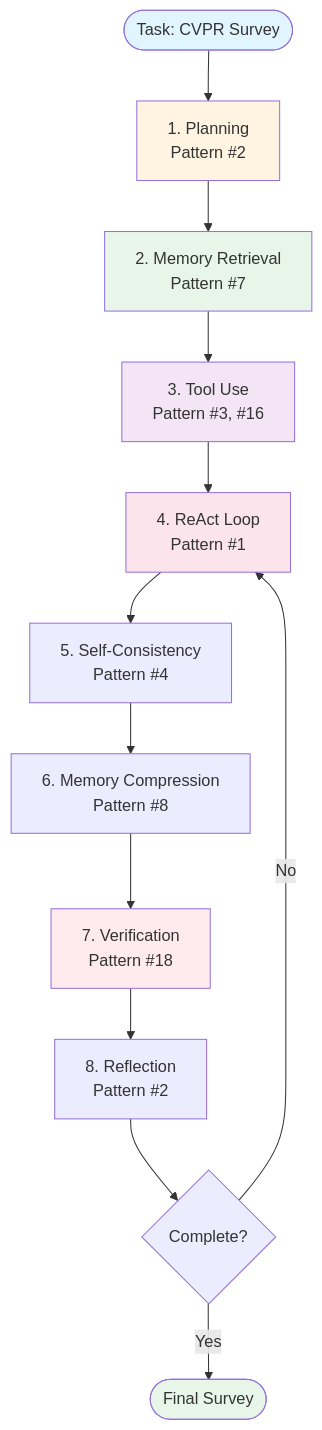
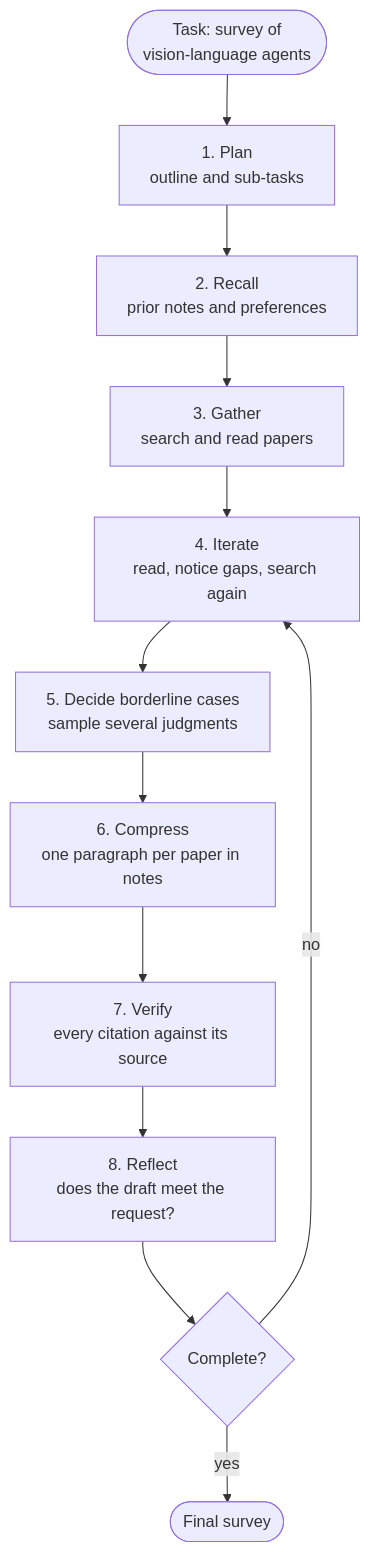
One commit to gopikrishtummala/gopikrishtummala.github.io changed the second of 2 diagrams in src/data/blog/agentic-ai/agentic-ai-design-patterns-part-5.md. Above: the diagram before and after it, drawn with Mermaid. The commit also changed other lines of this file and 8 other files, not shown here.

````diff
--- a/src/data/blog/agentic-ai/agentic-ai-design-patterns-part-5.md
+++ b/src/data/blog/agentic-ai/agentic-ai-design-patterns-part-5.md
@@ -145,22 +64,14 @@
 ```mermaid
 flowchart TD
-    Start([Task: CVPR Survey]) --> Plan[1. Planning<br/>Pattern #2]
-    Plan --> Memory[2. Memory Retrieval<br/>Pattern #7]
-    Memory --> Tools[3. Tool Use<br/>Pattern #3, #16]
-    Tools --> ReAct[4. ReAct Loop<br/>Pattern #1]
-    ReAct --> SelfConsist[5. Self-Consistency<br/>Pattern #4]
-    SelfConsist --> Compress[6. Memory Compression<br/>Pattern #8]
-    Compress --> Verify[7. Verification<br/>Pattern #18]
-    Verify --> Reflect[8. Reflection<br/>Pattern #2]
-    Reflect --> Check{Complete?}
-    Check -->|No| ReAct
-    Check -->|Yes| Output([Final Survey])
-    
-    style Start fill:#e1f5ff
-    style Plan fill:#fff4e1
-    style Memory fill:#e8f5e9
-    style Tools fill:#f3e5f5
-    style ReAct fill:#fce4ec
-    style Verify fill:#ffebee
-    style Output fill:#e8f5e9
+  Start(["Task: survey of<br/>vision-language agents"]) --> Plan["1. Plan<br/>outline and sub-tasks"]
+  Plan --> Mem["2. Recall<br/>prior notes and preferences"]
+  Mem --> Tools["3. Gather<br/>search and read papers"]
+  Tools --> ReAct["4. Iterate<br/>read, notice gaps, search again"]
+  ReAct --> SC["5. Decide borderline cases<br/>sample several judgments"]
+  SC --> Comp["6. Compress<br/>one paragraph per paper in notes"]
+  Comp --> Ver["7. Verify<br/>every citation against its source"]
+  Ver --> Ref["8. Reflect<br/>does the draft meet the request?"]
+  Ref --> Check{"Complete?"}
+  Check -->|"no"| ReAct
+  Check -->|"yes"| Out(["Final survey"])
 ```
````
